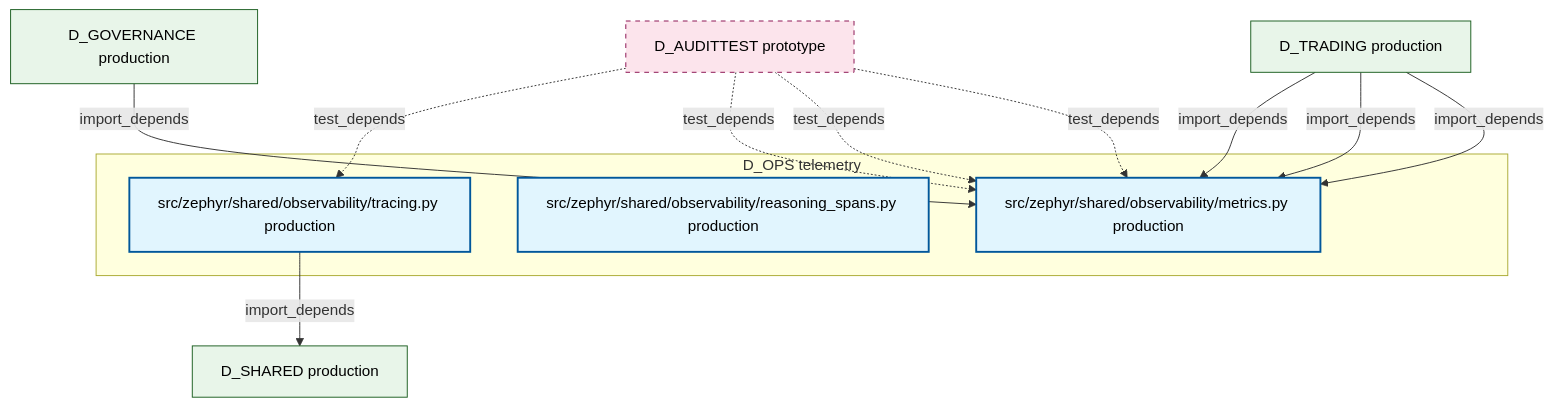
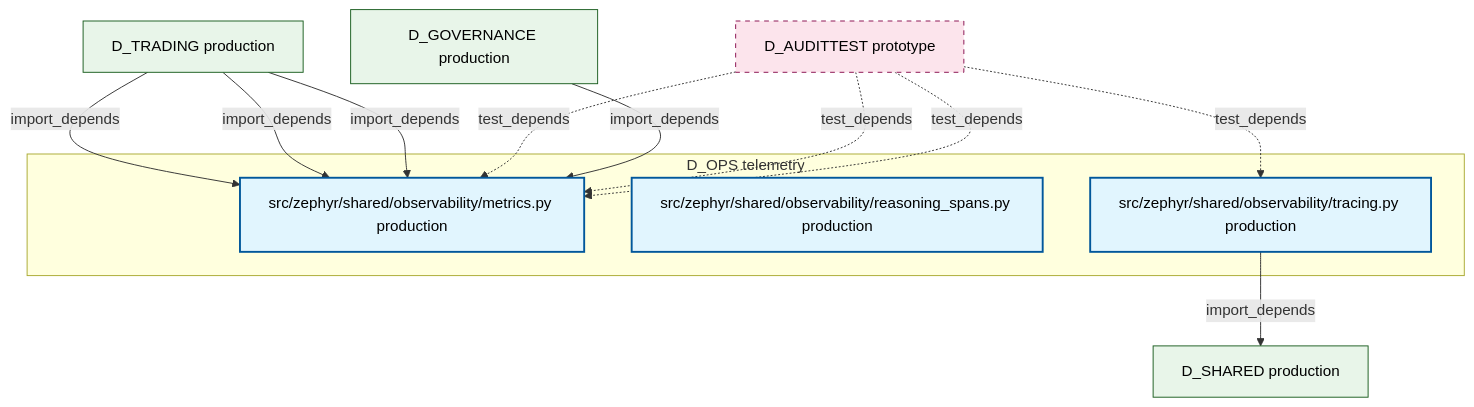
One commit to xuanFelixVan/ZephyrAlpha changed the diagram in docs/02_enterprise_architecture/02_domain_architecture_docs/15_d_ops.md. Above: the diagram before and after it, drawn with Mermaid. The commit also changed other lines of this file and 99 other files, not shown here.

````diff
--- a/docs/02_enterprise_architecture/02_domain_architecture_docs/15_d_ops.md
+++ b/docs/02_enterprise_architecture/02_domain_architecture_docs/15_d_ops.md
@@ -47,28 +47,28 @@
 ```mermaid
 graph TD
     subgraph D_OPS["D_OPS telemetry"]
         src_zephyr_shared_observability_metrics_py["src/zephyr/shared/observability/metrics.py production"]
         src_zephyr_shared_observability_reasoning_spans_py["src/zephyr/shared/observability/reasoning_spans.py production"]
         src_zephyr_shared_observability_tracing_py["src/zephyr/shared/observability/tracing.py production"]
     end
     D_SHARED["D_SHARED production"]
     src_zephyr_shared_observability_tracing_py -->|import_depends| D_SHARED
     D_AUDITTEST["D_AUDITTEST prototype"]
-    D_AUDITTEST -.->|test_depends| src_zephyr_shared_observability_tracing_py
+    D_AUDITTEST -.->|test_depends| src_zephyr_shared_observability_metrics_py
+    D_AUDITTEST -.->|test_depends| src_zephyr_shared_observability_metrics_py
     D_GOVERNANCE["D_GOVERNANCE production"]
     D_GOVERNANCE -->|import_depends| src_zephyr_shared_observability_metrics_py
-    D_AUDITTEST -.->|test_depends| src_zephyr_shared_observability_metrics_py
-    D_AUDITTEST -.->|test_depends| src_zephyr_shared_observability_metrics_py
     D_AUDITTEST -.->|test_depends| src_zephyr_shared_observability_metrics_py
     D_TRADING["D_TRADING production"]
     D_TRADING -->|import_depends| src_zephyr_shared_observability_metrics_py
     D_TRADING -->|import_depends| src_zephyr_shared_observability_metrics_py
     D_TRADING -->|import_depends| src_zephyr_shared_observability_metrics_py
+    D_AUDITTEST -.->|test_depends| src_zephyr_shared_observability_tracing_py
     classDef production fill:#e1f5fe,stroke:#01579b,stroke-width:2px,color:#000
     classDef design fill:#fff3e0,stroke:#e65100,stroke-width:2px,color:#000,stroke-dasharray: 5 5
     classDef external_prod fill:#e8f5e9,stroke:#1b5e20,stroke-width:1px,color:#000
     classDef external_design fill:#fce4ec,stroke:#880e4f,stroke-width:1px,color:#000,stroke-dasharray: 5 5
     class src_zephyr_shared_observability_metrics_py,src_zephyr_shared_observability_reasoning_spans_py,src_zephyr_shared_observability_tracing_py production
     class D_SHARED,D_GOVERNANCE,D_TRADING external_prod
     class D_AUDITTEST external_design
 ```
````
